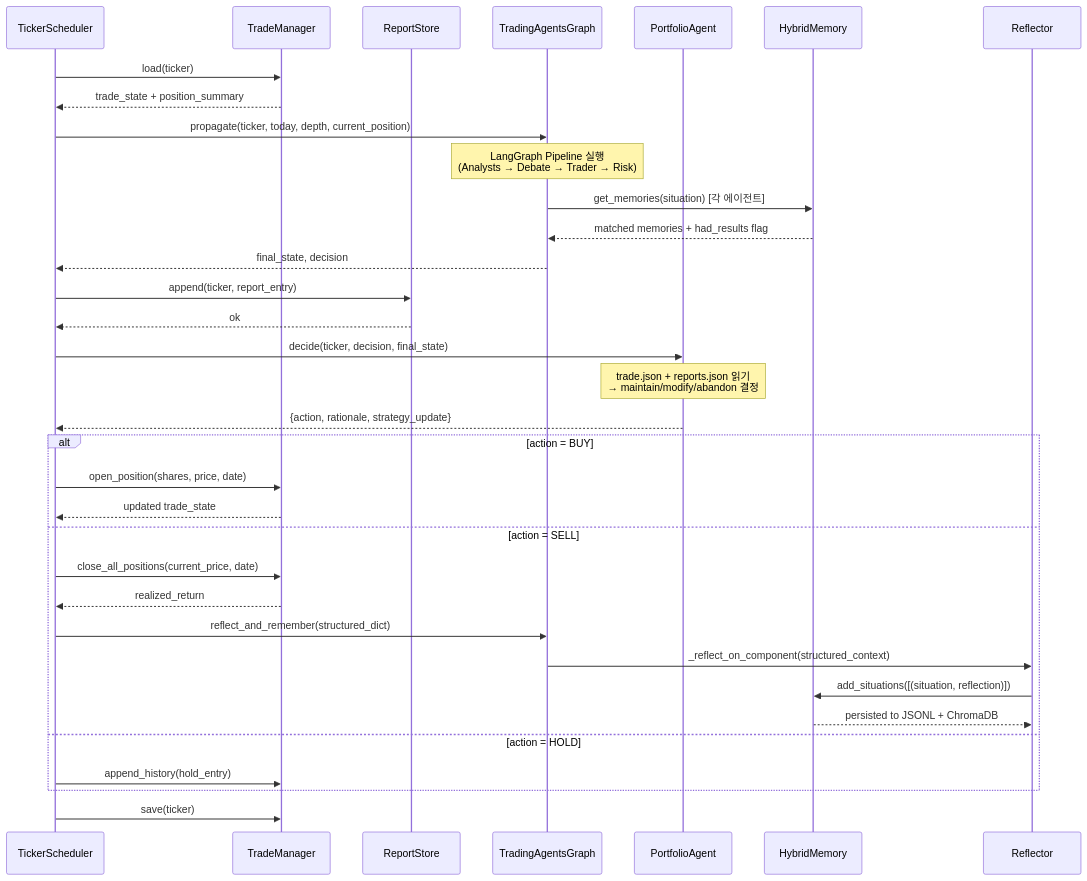
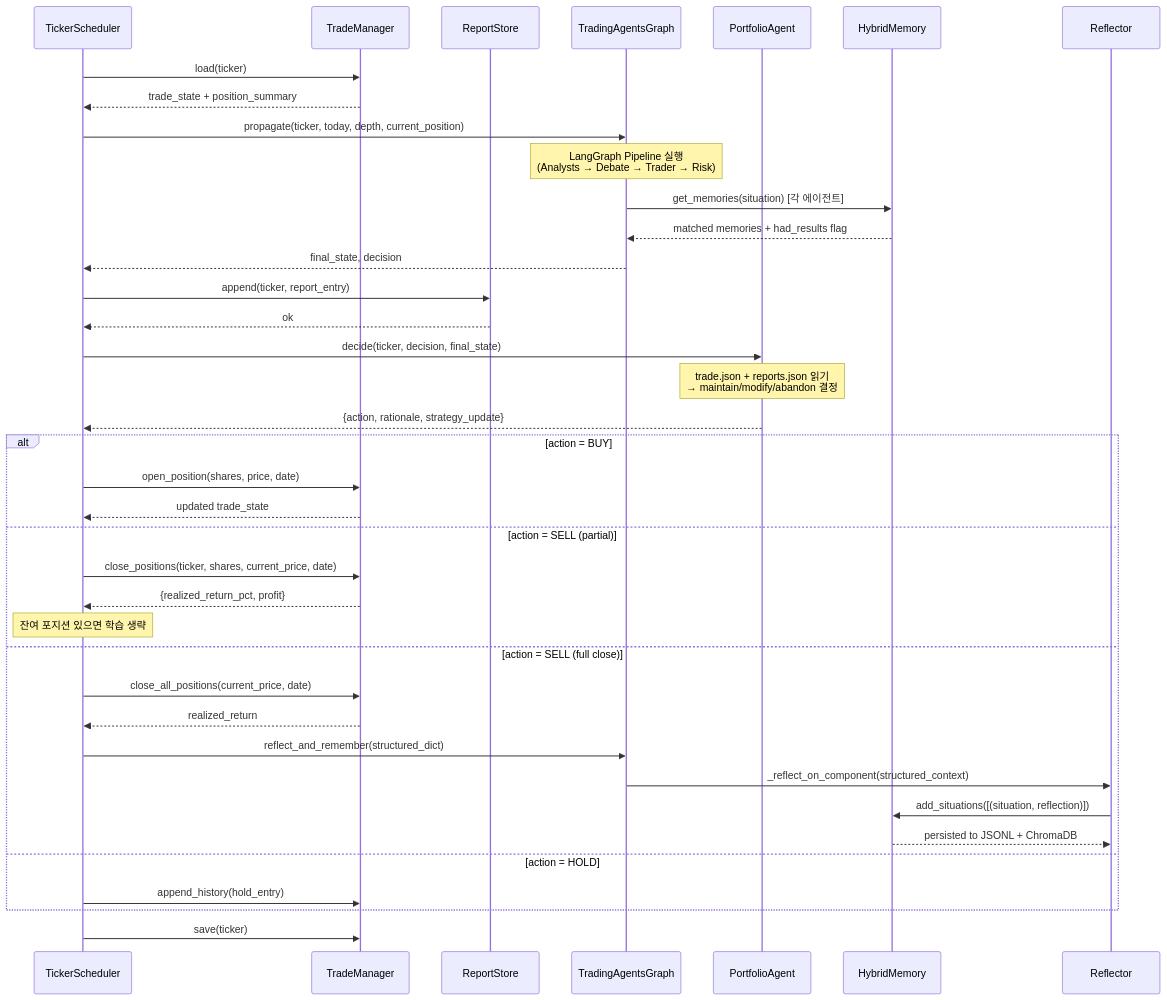
One commit to samdae/gant changed the first of 2 diagrams in docs/tradingagents/arch-be.md. Above: the diagram before and after it, drawn with Mermaid. The commit also changed other lines of this file and 2 other files, not shown here.

````diff
--- a/docs/tradingagents/arch-be.md
+++ b/docs/tradingagents/arch-be.md
@@ -360,42 +455,46 @@
 ```mermaid
 sequenceDiagram
     participant Scheduler as TickerScheduler
     participant TM as TradeManager
     participant RS as ReportStore
     participant Graph as TradingAgentsGraph
     participant PA as PortfolioAgent
     participant Mem as HybridMemory
     participant Ref as Reflector
 
     Scheduler->>TM: load(ticker)
     TM-->>Scheduler: trade_state + position_summary
 
     Scheduler->>Graph: propagate(ticker, today, depth, current_position)
     Note over Graph: LangGraph Pipeline 실행<br/>(Analysts → Debate → Trader → Risk)
     Graph->>Mem: get_memories(situation) [각 에이전트]
     Mem-->>Graph: matched memories + had_results flag
     Graph-->>Scheduler: final_state, decision
 
     Scheduler->>RS: append(ticker, report_entry)
     RS-->>Scheduler: ok
 
     Scheduler->>PA: decide(ticker, decision, final_state)
     Note over PA: trade.json + reports.json 읽기<br/>→ maintain/modify/abandon 결정
     PA-->>Scheduler: {action, rationale, strategy_update}
 
     alt action = BUY
         Scheduler->>TM: open_position(shares, price, date)
         TM-->>Scheduler: updated trade_state
-    else action = SELL
+    else action = SELL (partial)
+        Scheduler->>TM: close_positions(ticker, shares, current_price, date)
+        TM-->>Scheduler: {realized_return_pct, profit}
+        Note over Scheduler: 잔여 포지션 있으면 학습 생략
+    else action = SELL (full close)
         Scheduler->>TM: close_all_positions(current_price, date)
         TM-->>Scheduler: realized_return
         Scheduler->>Graph: reflect_and_remember(structured_dict)
         Graph->>Ref: _reflect_on_component(structured_context)
         Ref->>Mem: add_situations([(situation, reflection)])
         Mem-->>Ref: persisted to JSONL + ChromaDB
     else action = HOLD
         Scheduler->>TM: append_history(hold_entry)
     end
 
     Scheduler->>TM: save(ticker)
 ```
````
